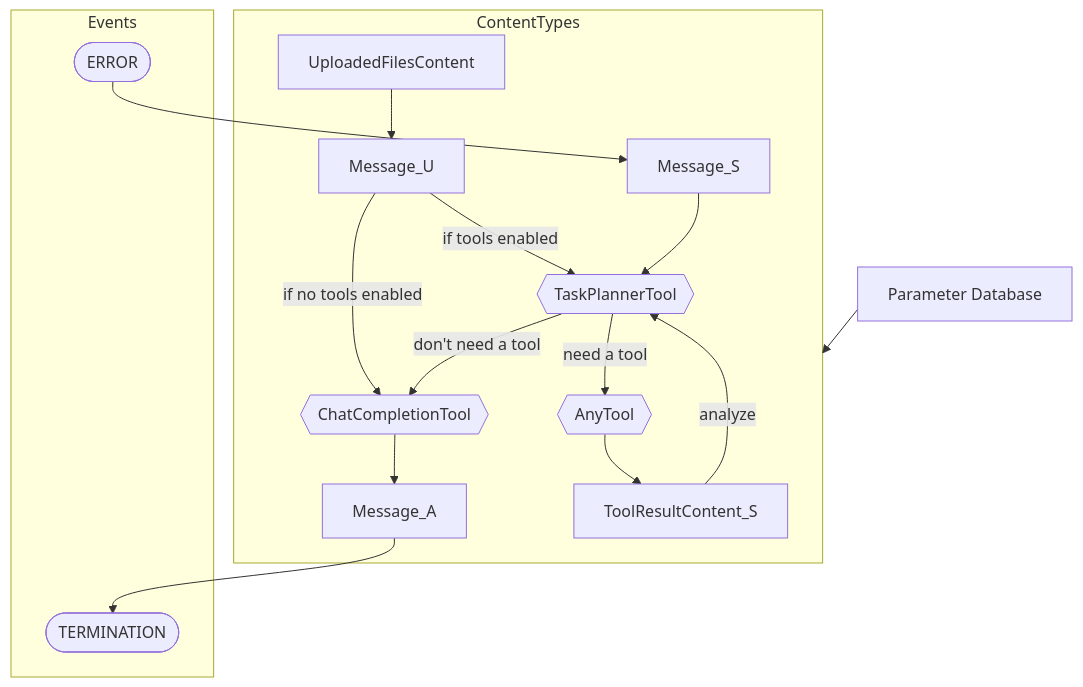
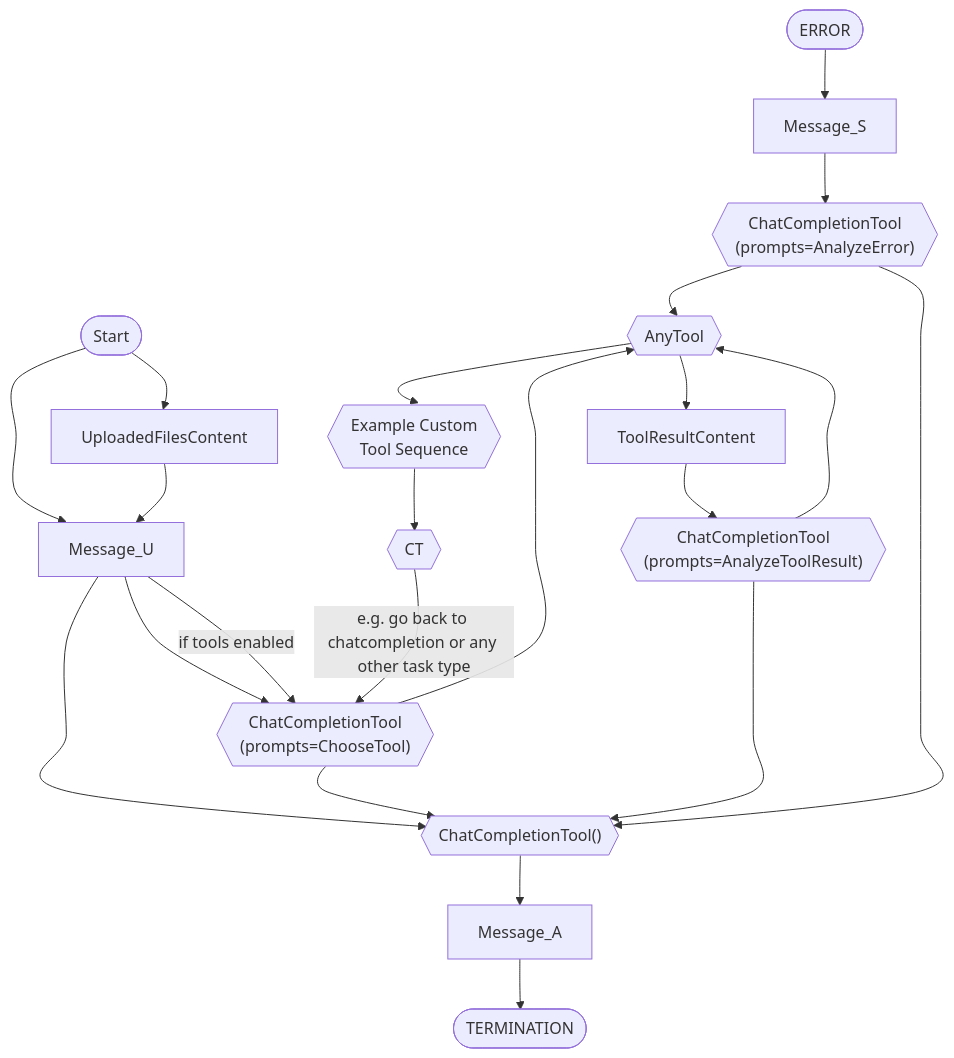
One commit to Xyntopia/taskyon changed the third of 3 diagrams in public/docs/conversations/taskyon_description.md. Above: the diagram before and after it, drawn with Mermaid. The commit also changed other lines of this file and 2 other files, not shown here.

Commit message:
- update our function graph in the docs... - update mermaid version

````diff
--- a/public/docs/conversations/taskyon_description.md
+++ b/public/docs/conversations/taskyon_description.md
@@ -146,33 +146,35 @@
 ```mermaid
+%%{init: { "flowchart": { "curve": "cardinal", "wrappingWidth": 400 } } }%%
 flowchart TD
-  subgraph ContentTypes
-    cct{{ChatCompletionTool}}
-    tpt{{TaskPlannerTool}}
-    at{{AnyTool}}
-    Message_U
-    Message_A
-    Message_S
-    ToolResultContent_S
-    UploadedFilesContent
-  end
+  at{{AnyTool}}
+  Message_U
+  Message_A
+  Message_S
+  ToolResultContent
+  UploadedFilesContent
+  cct{{"ChatCompletionTool()"}}
+  cctct{{"ChatCompletionTool<br>(prompts=ChooseTool)"}}
+  cctat{{"ChatCompletionTool<br>(prompts=AnalyzeToolResult)"}}
+  cctae{{"ChatCompletionTool<br>(prompts=AnalyzeError)"}}
+  cct1{{"Example Custom<br>Tool Sequence"}}
+  cct2{{CT}}
 
-  subgraph Events
-      TERMINATION([TERMINATION])
-      Error_S([ERROR])
-  end
 
-  paramdb["Parameter Database"] --> ContentTypes
+  TERMINATION([TERMINATION])
+  e([ERROR])-->Message_S
+  s([Start])
 
-  UploadedFilesContent --> Message_U
-  Message_U -- if no tools enabled --> cct
-  Message_U -- if tools enabled --> tpt
-  tpt -- don't need a tool--> cct
-  tpt -- need a tool --> at
-  at --> ToolResultContent_S
-  ToolResultContent_S -- analyze --> tpt
-  Error_S --> Message_S
-  Message_S --> tpt
-  Message_A --> TERMINATION
-  cct --> Message_A
+  Message_S-->cctae
+  s-->Message_U -->cctct
+  s-->UploadedFilesContent --> Message_U --> cct --> Message_A --> TERMINATION
+  Message_U -- if tools enabled --> cctct
+  at-->ToolResultContent-->cctat
+  cctct --> at
+  cctat --> at
+  cctae --> at
+  cctct  --> cct
+  cctat  --> cct
+  cctae  --> cct
+  at --> cct1-->cct2-- e.g. go back to chatcompletion or any other task type -->cctct
 
 ```
````
